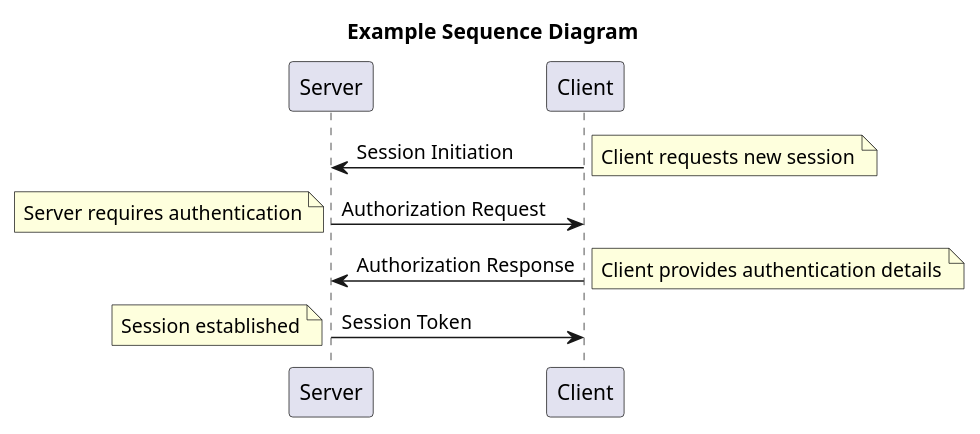
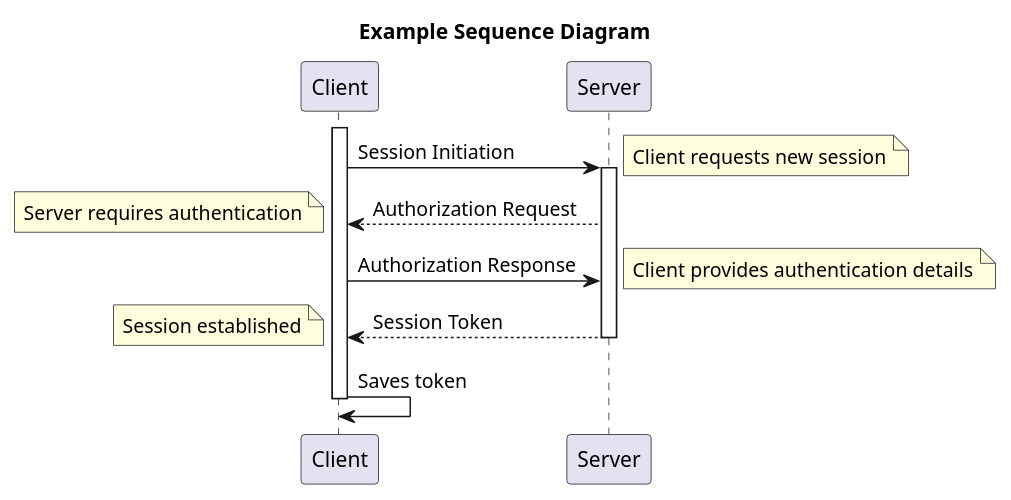
The sixth of 10 diagrams in org-mode.org (byronsanchez/org-mode-doc), drawn with PlantUML before and after one commit. The commit also changed other lines of this file, not shown here.

First line of the commit message:
Update plantUML diagrams

```diff
--- a/org-mode.org
+++ b/org-mode.org
@@ -2571,11 +2571,16 @@
       #+begin_src plantuml :file sequence.png :exports both
-      title Example Sequence Diagram
-      Server <- Client: Session Initiation
-      note right: Client requests new session
-      Server -> Client: Authorization Request
-      note left: Server requires authentication
-      Client -> Server: Authorization Response
-      note right: Client provides authentication details
-      Server -> Client: Session Token
-      note left: Session established
+        title Example Sequence Diagram
+        activate Client
+        Client -> Server: Session Initiation
+        note right: Client requests new session
+        activate Server
+        Client <-- Server: Authorization Request
+        note left: Server requires authentication
+        Client -> Server: Authorization Response
+        note right: Client provides authentication details
+        Server --> Client: Session Token
+        note left: Session established
+        deactivate Server
+        Client -> Client: Saves token
+        deactivate Client
       #+end_src
```
